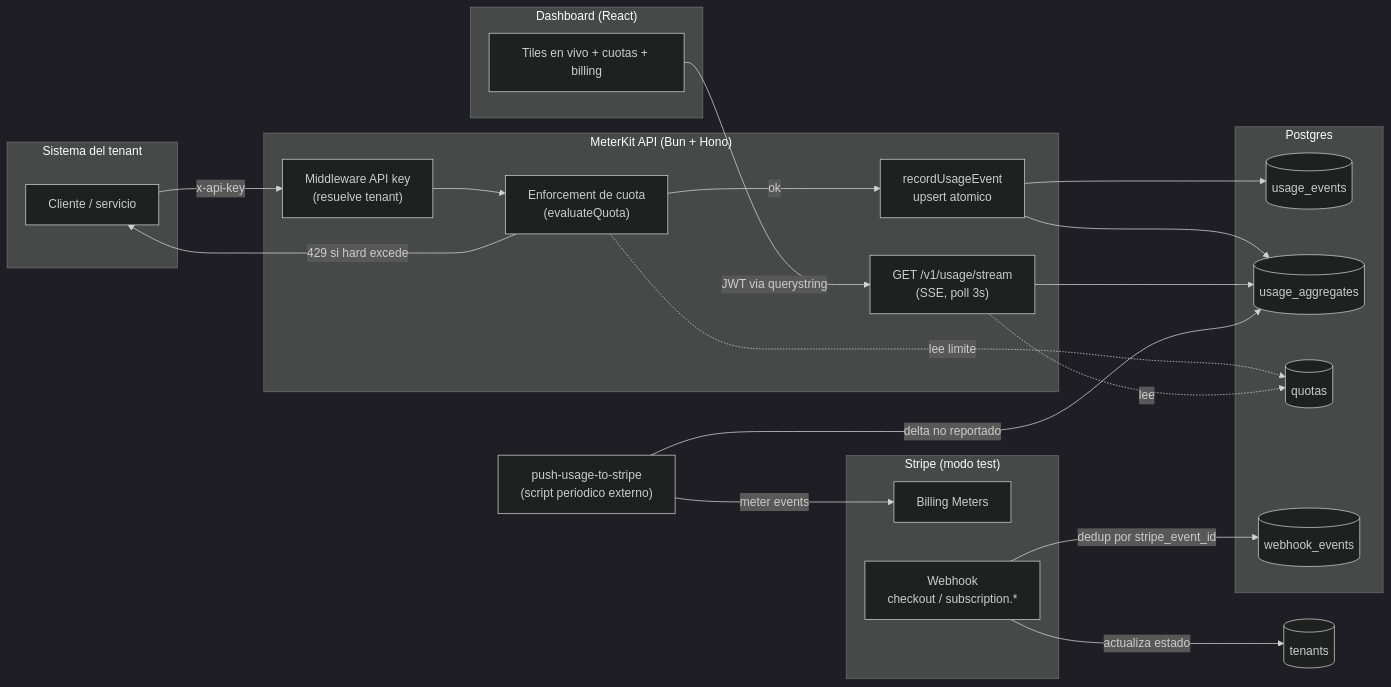
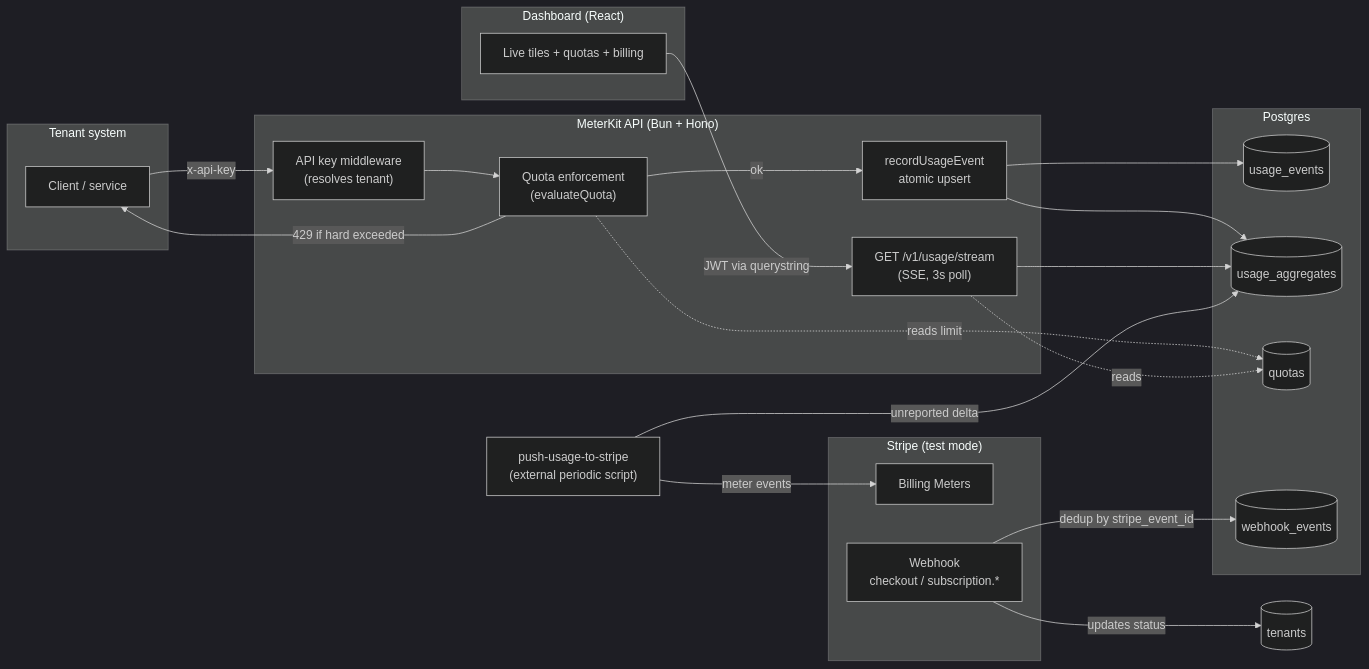
One commit to jpprietoruiz-Axontic-Haiku/meterkit changed the first of 2 diagrams in README.md. Above: the diagram before and after it, drawn with Mermaid (dark theme). The commit also changed other lines of this file and 48 other files, not shown here.

````diff
--- a/README.md
+++ b/README.md
@@ -23,45 +23,45 @@
 ```mermaid
 flowchart LR
-    subgraph Tenant["Sistema del tenant"]
-        C[Cliente / servicio]
+    subgraph Tenant["Tenant system"]
+        C[Client / service]
     end
 
     subgraph API["MeterKit API (Bun + Hono)"]
-        MW["Middleware API key\n(resuelve tenant)"]
-        Q["Enforcement de cuota\n(evaluateQuota)"]
-        AGG["recordUsageEvent\nupsert atomico"]
-        SSE["GET /v1/usage/stream\n(SSE, poll 3s)"]
+        MW["API key middleware\n(resolves tenant)"]
+        Q["Quota enforcement\n(evaluateQuota)"]
+        AGG["recordUsageEvent\natomic upsert"]
+        SSE["GET /v1/usage/stream\n(SSE, 3s poll)"]
     end
 
     subgraph DB["Postgres"]
         UE[(usage_events)]
         UA[(usage_aggregates)]
         QT[(quotas)]
         WH[(webhook_events)]
     end
 
-    subgraph Stripe["Stripe (modo test)"]
+    subgraph Stripe["Stripe (test mode)"]
         BM[Billing Meters]
         WHK["Webhook\ncheckout / subscription.*"]
     end
 
     subgraph Dashboard["Dashboard (React)"]
-        UI[Tiles en vivo + cuotas + billing]
+        UI[Live tiles + quotas + billing]
     end
 
     C -- "x-api-key" --> MW --> Q
-    Q -- "429 si hard excede" --> C
+    Q -- "429 if hard exceeded" --> C
     Q -- "ok" --> AGG
     AGG --> UE
     AGG --> UA
-    Q -. "lee limite" .-> QT
+    Q -. "reads limit" .-> QT
 
     UI -- "JWT via querystring" --> SSE --> UA
-    SSE -. "lee" .-> QT
+    SSE -. "reads" .-> QT
 
-    JOB["push-usage-to-stripe\n(script periodico externo)"] -- "delta no reportado" --> UA
+    JOB["push-usage-to-stripe\n(external periodic script)"] -- "unreported delta" --> UA
     JOB -- "meter events" --> BM
 
-    WHK -- "dedup por stripe_event_id" --> WH
-    WHK -- "actualiza estado" --> Tenants[(tenants)]
+    WHK -- "dedup by stripe_event_id" --> WH
+    WHK -- "updates status" --> Tenants[(tenants)]
 ```
````
